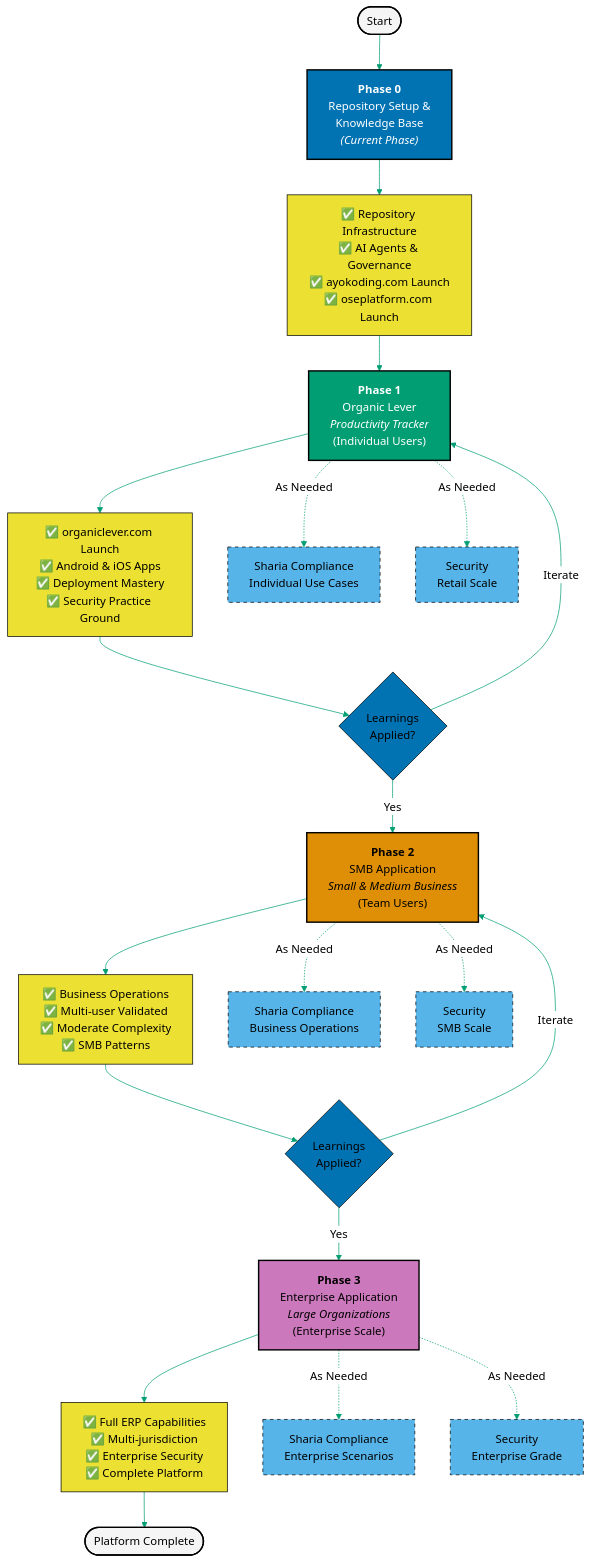
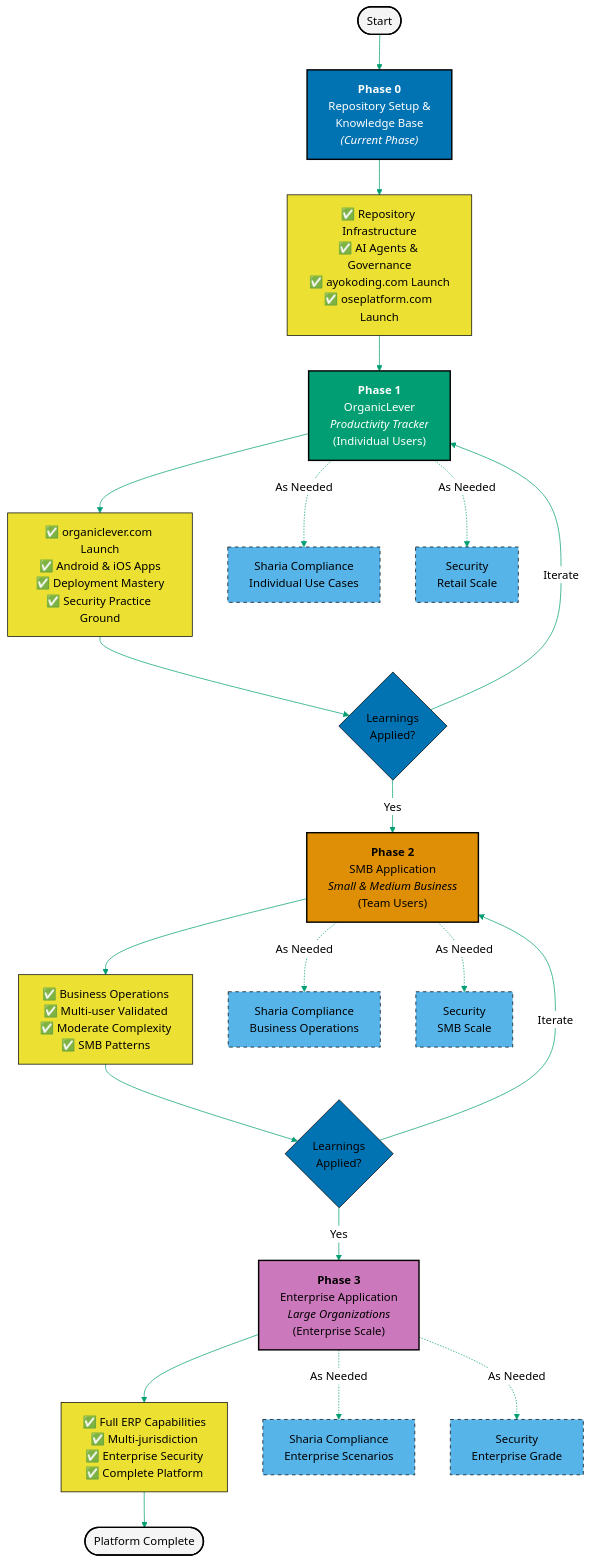
One commit to wahidyankf/open-sharia-enterprise changed the diagram in ROADMAP.md. Above: the diagram before and after it, drawn with Mermaid. The commit also changed other lines of this file and 244 other files, not shown here.

First line of the commit message:
refactor(organiclever): rename organic-lever projects to organiclever

````diff
--- a/ROADMAP.md
+++ b/ROADMAP.md
@@ -5,48 +5,48 @@
 ```mermaid
 %%{init: {'theme':'base', 'themeVariables': { 'primaryColor':'#0173B2', 'primaryTextColor':'#000', 'primaryBorderColor':'#000', 'lineColor':'#029E73', 'secondaryColor':'#DE8F05', 'tertiaryColor':'#CC78BC', 'clusterBkg':'#f5f5f5', 'clusterBorder':'#000', 'edgeLabelBackground':'#fff'}}}%%
 graph TB
     Start([Start]) --> Phase0
 
     Phase0["<b>Phase 0</b><br/>Repository Setup &<br/>Knowledge Base<br/><i>(Current Phase)</i>"]
     Phase0 --> P0Output["✅ Repository Infrastructure<br/>✅ AI Agents & Governance<br/>✅ ayokoding.com Launch<br/>✅ oseplatform.com Launch"]
     P0Output --> Phase1
 
-    Phase1["<b>Phase 1</b><br/>Organic Lever<br/><i>Productivity Tracker</i><br/>(Individual Users)"]
+    Phase1["<b>Phase 1</b><br/>OrganicLever<br/><i>Productivity Tracker</i><br/>(Individual Users)"]
     Phase1 --> P1Output["✅ organiclever.com Launch<br/>✅ Android & iOS Apps<br/>✅ Deployment Mastery<br/>✅ Security Practice Ground"]
     P1Output --> Decision1{Learnings<br/>Applied?}
     Decision1 -->|Yes| Phase2
     Decision1 -->|Iterate| Phase1
 
     Phase2["<b>Phase 2</b><br/>SMB Application<br/><i>Small & Medium Business</i><br/>(Team Users)"]
     Phase2 --> P2Output["✅ Business Operations<br/>✅ Multi-user Validated<br/>✅ Moderate Complexity<br/>✅ SMB Patterns"]
     P2Output --> Decision2{Learnings<br/>Applied?}
     Decision2 -->|Yes| Phase3
     Decision2 -->|Iterate| Phase2
 
     Phase3["<b>Phase 3</b><br/>Enterprise Application<br/><i>Large Organizations</i><br/>(Enterprise Scale)"]
     Phase3 --> P3Output["✅ Full ERP Capabilities<br/>✅ Multi-jurisdiction<br/>✅ Enterprise Security<br/>✅ Complete Platform"]
 
     P3Output --> End([Platform Complete])
 
     Phase1 -.->|As Needed| Sharia1["Sharia Compliance<br/>Individual Use Cases"]
     Phase1 -.->|As Needed| Security1["Security<br/>Retail Scale"]
 
     Phase2 -.->|As Needed| Sharia2["Sharia Compliance<br/>Business Operations"]
     Phase2 -.->|As Needed| Security2["Security<br/>SMB Scale"]
 
     Phase3 -.->|As Needed| Sharia3["Sharia Compliance<br/>Enterprise Scenarios"]
     Phase3 -.->|As Needed| Security3["Security<br/>Enterprise Grade"]
 
     style Phase0 fill:#0173B2,stroke:#000,stroke-width:2px,color:#fff
     style Phase1 fill:#029E73,stroke:#000,stroke-width:2px,color:#fff
     style Phase2 fill:#DE8F05,stroke:#000,stroke-width:2px,color:#000
     style Phase3 fill:#CC78BC,stroke:#000,stroke-width:2px,color:#000
     style Start fill:#f5f5f5,stroke:#000,stroke-width:2px
     style End fill:#f5f5f5,stroke:#000,stroke-width:2px
 
     classDef outputStyle fill:#ECE133,stroke:#000,stroke-width:1px,color:#000
     class P0Output,P1Output,P2Output,P3Output outputStyle
 
     classDef asNeededStyle fill:#56B4E9,stroke:#000,stroke-width:1px,stroke-dasharray: 5 5,color:#000
     class Sharia1,Sharia2,Sharia3,Security1,Security2,Security3 asNeededStyle
 ```
````
